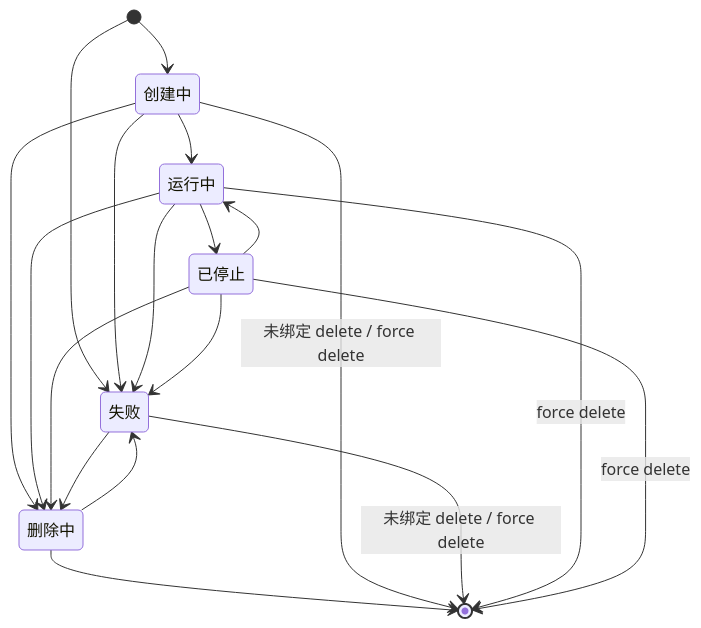
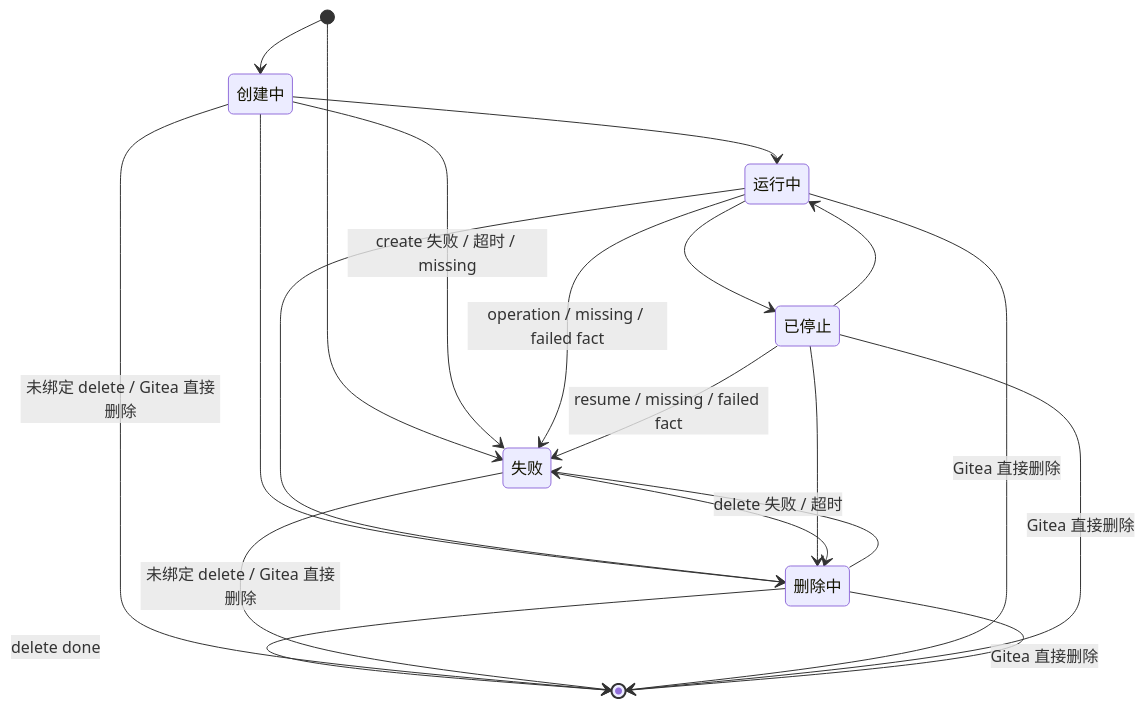
One commit to ExplodingDragon/gitea-dev changed the first of 4 diagrams in src/state-machine.md. Above: the diagram before and after it, drawn with Mermaid. The commit also changed other lines of this file and 9 other files, not shown here.

````diff
--- a/src/state-machine.md
+++ b/src/state-machine.md
@@ -42,29 +42,30 @@
 ```mermaid
 stateDiagram-v2
     direction TB
 
     creating: 创建中
     running: 运行中
     stopped: 已停止
     deleting: 删除中
     failed: 失败
 
     [*] --> creating
     [*] --> failed
     creating --> running
-    creating --> failed
+    creating --> failed: create 失败 / 超时 / missing
     running --> stopped
-    running --> failed
+    running --> failed: operation / missing / failed fact
     stopped --> running
-    stopped --> failed
+    stopped --> failed: resume / missing / failed fact
     creating --> deleting
     running --> deleting
     stopped --> deleting
     failed --> deleting
-    deleting --> [*]
-    deleting --> failed
-    creating --> [*]: 未绑定 delete / force delete
-    failed --> [*]: 未绑定 delete / force delete
-    running --> [*]: force delete
-    stopped --> [*]: force delete
+    deleting --> [*]: delete done
+    deleting --> failed: delete 失败 / 超时
+    creating --> [*]: 未绑定 delete / Gitea 直接删除
+    failed --> [*]: 未绑定 delete / Gitea 直接删除
+    running --> [*]: Gitea 直接删除
+    stopped --> [*]: Gitea 直接删除
+    deleting --> [*]: Gitea 直接删除
 ```
````
